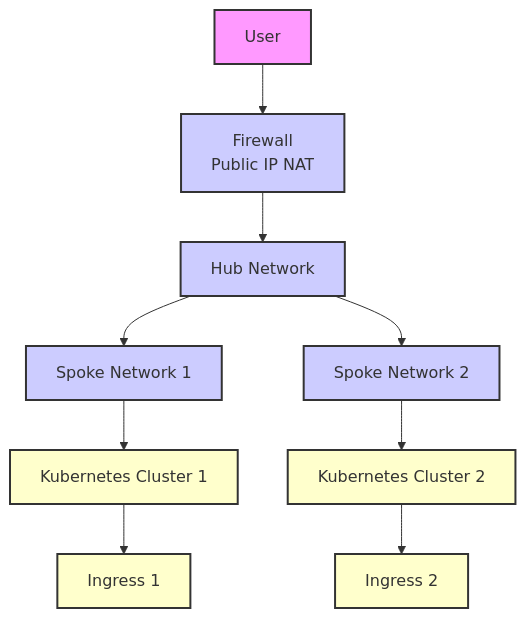
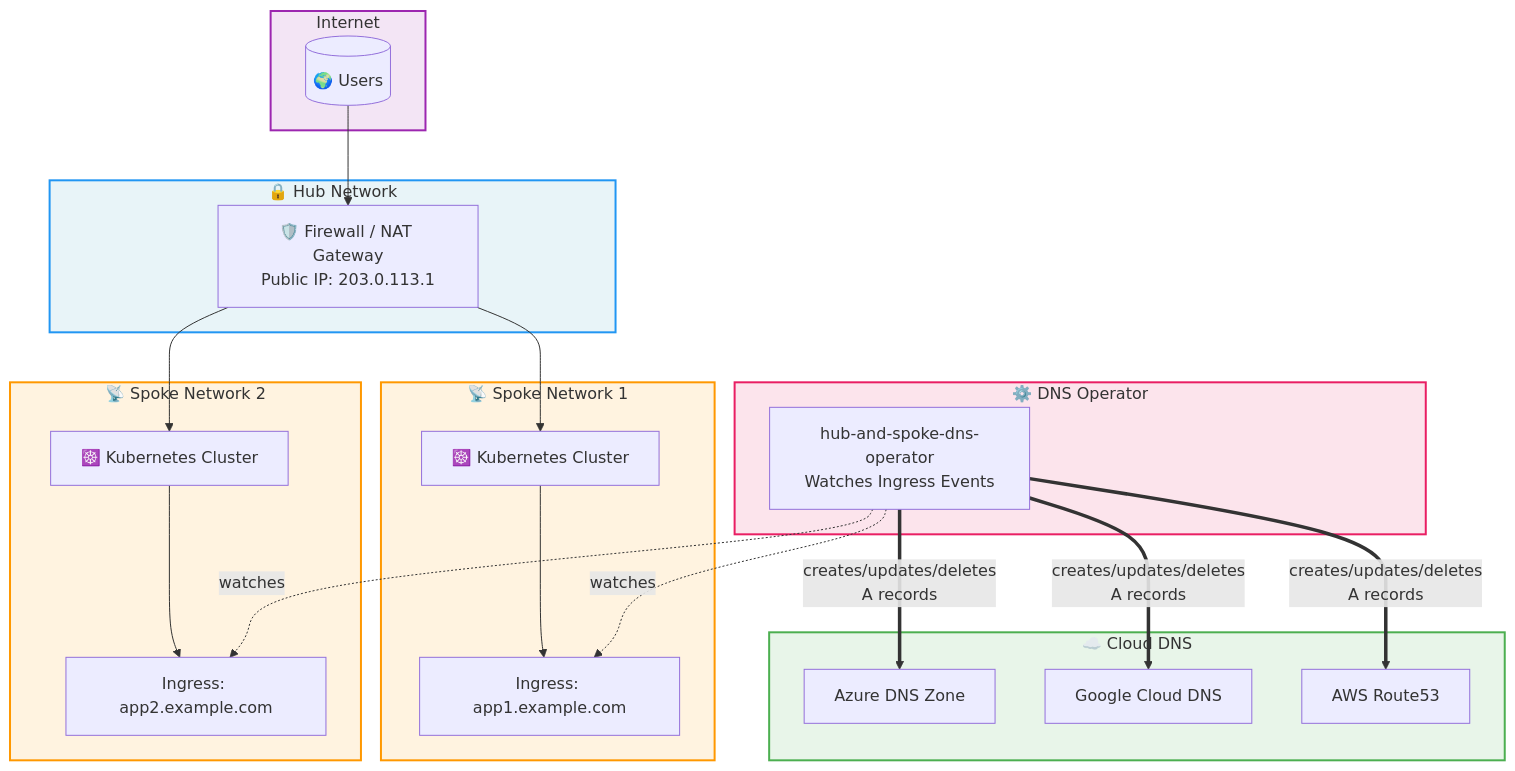
One commit to marcus1aleksand/hub-and-spoke-dns-operator changed the diagram in README.md. Above: the diagram before and after it, drawn with Mermaid. The commit also changed other lines of this file and 16 other files, not shown here.

First line of the commit message:
feat: add multi-cloud DNS support (GCP, AWS) and enhanced documentation (#52)

````diff
--- a/README.md
+++ b/README.md
@@ -9,21 +26,49 @@
 ```mermaid
-graph TD
-    A[User] --> B[Firewall<br>Public IP NAT]
-    B --> C[Hub Network]
-    C --> D[Spoke Network 1]
-    C --> E[Spoke Network 2]
-    D --> F[Kubernetes Cluster 1]
-    E --> G[Kubernetes Cluster 2]
-    F --> H[Ingress 1]
-    G --> I[Ingress 2]
+graph TB
+    subgraph Internet
+        USER[("🌍 Users")]
+    end
 
-    style A fill:#f9f,stroke:#333,stroke-width:2px
-    style B fill:#ccf,stroke:#333,stroke-width:2px
-    style C fill:#ccf,stroke:#333,stroke-width:2px
-    style D fill:#ccf,stroke:#333,stroke-width:2px
-    style E fill:#ccf,stroke:#333,stroke-width:2px
-    style F fill:#ffc,stroke:#333,stroke-width:2px
-    style G fill:#ffc,stroke:#333,stroke-width:2px
-    style H fill:#ffc,stroke:#333,stroke-width:2px
-    style I fill:#ffc,stroke:#333,stroke-width:2px
+    subgraph Hub["🔒 Hub Network"]
+        FW["🛡️ Firewall / NAT Gateway<br/>Public IP: 203.0.113.1"]
+    end
+
+    subgraph Spoke1["📡 Spoke Network 1"]
+        K8S1["☸️ Kubernetes Cluster"]
+        ING1["Ingress: app1.example.com"]
+    end
+
+    subgraph Spoke2["📡 Spoke Network 2"]
+        K8S2["☸️ Kubernetes Cluster"]
+        ING2["Ingress: app2.example.com"]
+    end
+
+    subgraph DNS["☁️ Cloud DNS"]
+        AZURE["Azure DNS Zone"]
+        GCP["Google Cloud DNS"]
+        AWS["AWS Route53"]
+    end
+
+    subgraph Operator["⚙️ DNS Operator"]
+        OP["hub-and-spoke-dns-operator<br/>Watches Ingress Events"]
+    end
+
+    USER --> FW
+    FW --> K8S1
+    FW --> K8S2
+    K8S1 --> ING1
+    K8S2 --> ING2
+
+    OP -.->|"watches"| ING1
+    OP -.->|"watches"| ING2
+    OP ==>|"creates/updates/deletes<br/>A records"| AZURE
+    OP ==>|"creates/updates/deletes<br/>A records"| GCP
+    OP ==>|"creates/updates/deletes<br/>A records"| AWS
+
+    style Hub fill:#e8f4f8,stroke:#2196F3,stroke-width:2px
+    style Spoke1 fill:#fff3e0,stroke:#FF9800,stroke-width:2px
+    style Spoke2 fill:#fff3e0,stroke:#FF9800,stroke-width:2px
+    style DNS fill:#e8f5e9,stroke:#4CAF50,stroke-width:2px
+    style Operator fill:#fce4ec,stroke:#E91E63,stroke-width:2px
+    style Internet fill:#f3e5f5,stroke:#9C27B0,stroke-width:2px
 ```
````
